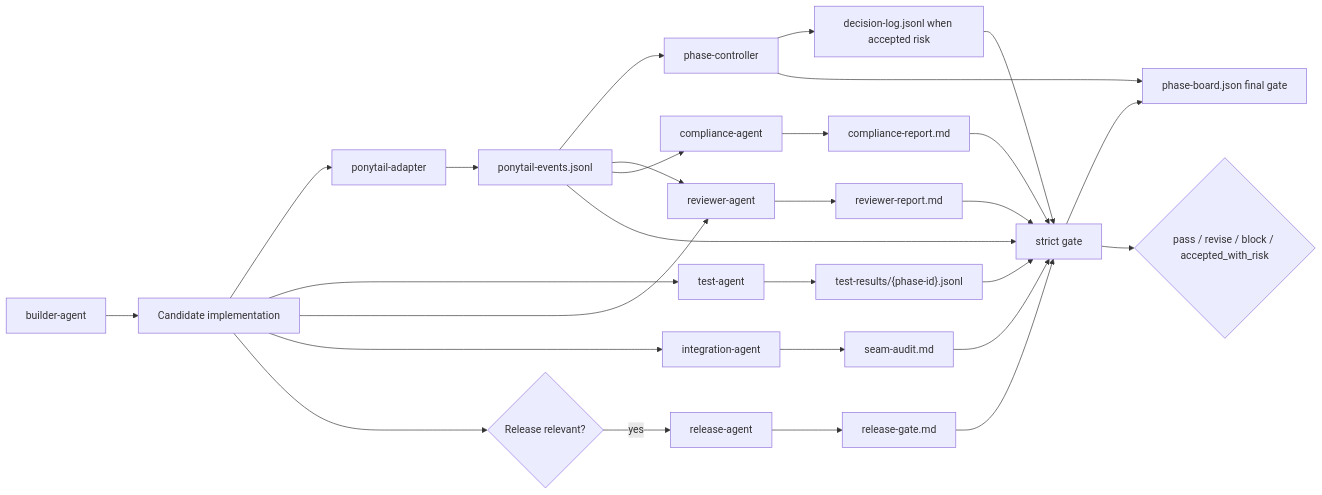
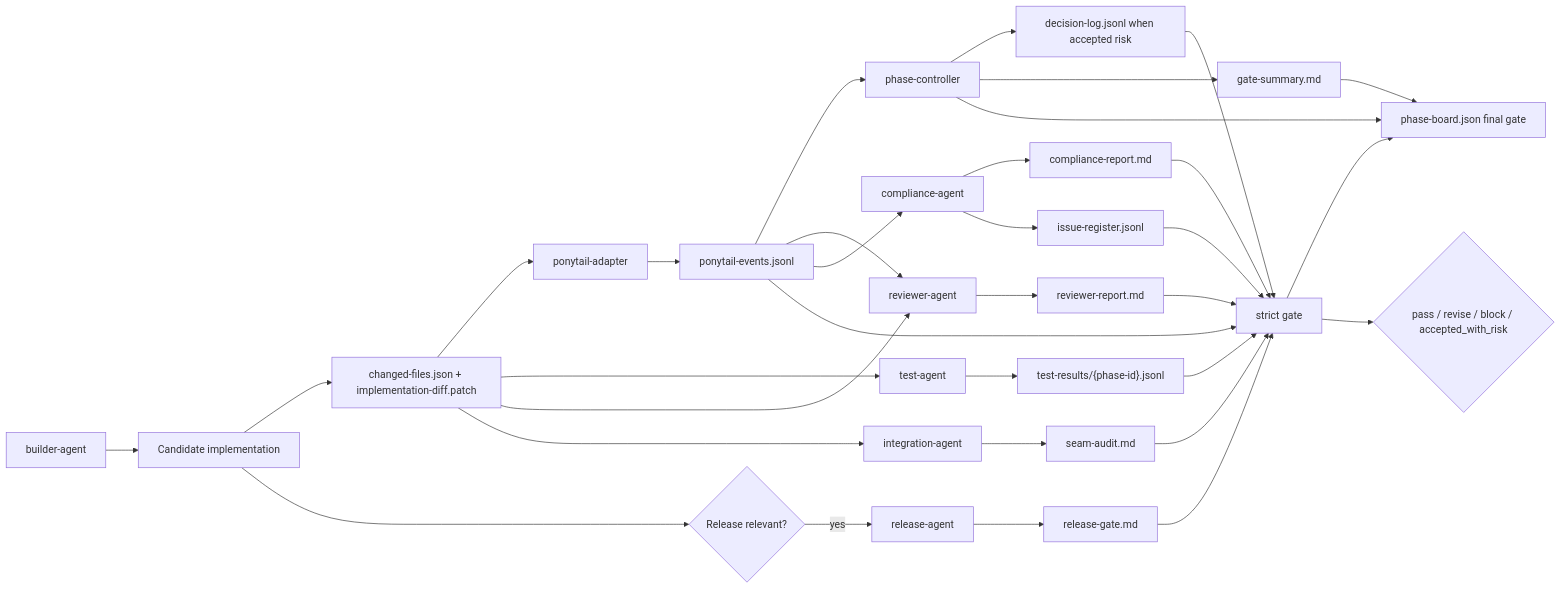
The second of 4 diagrams in projects/builder-team-qc/plugin/docs/orchestration-diagram.md (randy-aloop/everythingcodex), drawn with Mermaid before and after one commit. The commit also changed other lines of this file and 7 other files, not shown here.

````diff
--- a/projects/builder-team-qc/plugin/docs/orchestration-diagram.md
+++ b/projects/builder-team-qc/plugin/docs/orchestration-diagram.md
@@ -62,35 +72,40 @@
 ```mermaid
 flowchart LR
     B["builder-agent"] --> CHANGE["Candidate implementation"]
-    CHANGE --> PT["ponytail-adapter"]
+    CHANGE --> DIFF["changed-files.json + implementation-diff.patch"]
+    DIFF --> PT["ponytail-adapter"]
     PT --> PONY["ponytail-events.jsonl"]
 
     PONY --> PC["phase-controller"]
     PONY --> R["reviewer-agent"]
     PONY --> CMP["compliance-agent"]
 
-    CHANGE --> T["test-agent"]
-    CHANGE --> R
-    CHANGE --> I["integration-agent"]
+    DIFF --> T["test-agent"]
+    DIFF --> R
+    DIFF --> I["integration-agent"]
     CHANGE --> REL{"Release relevant?"}
     REL -- "yes" --> RA["release-agent"]
 
     T --> TESTS["test-results/{phase-id}.jsonl"]
     R --> REVIEW["reviewer-report.md"]
     CMP --> COMP["compliance-report.md"]
+    CMP --> ISSUES["issue-register.jsonl"]
     I --> SEAM["seam-audit.md"]
     RA --> RELEASE["release-gate.md"]
     PC --> DECISION["decision-log.jsonl when accepted risk"]
+    PC --> SUMMARY["gate-summary.md"]
     PC --> BOARD["phase-board.json final gate"]
 
     PONY --> STRICT["strict gate"]
     TESTS --> STRICT
     REVIEW --> STRICT
     COMP --> STRICT
+    ISSUES --> STRICT
     SEAM --> STRICT
     RELEASE --> STRICT
     DECISION --> STRICT
+    SUMMARY --> BOARD
     STRICT --> BOARD
 
     STRICT --> OUT{"pass / revise / block / accepted_with_risk"}
 ```
````
